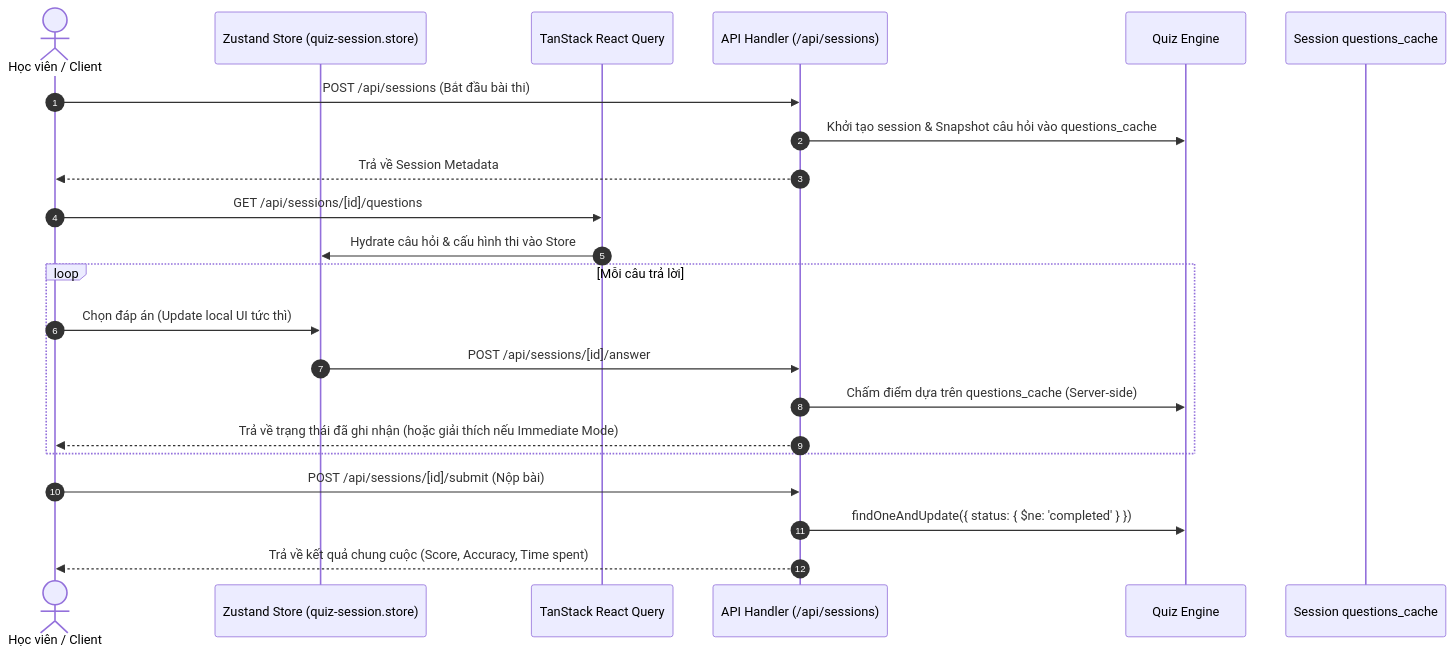
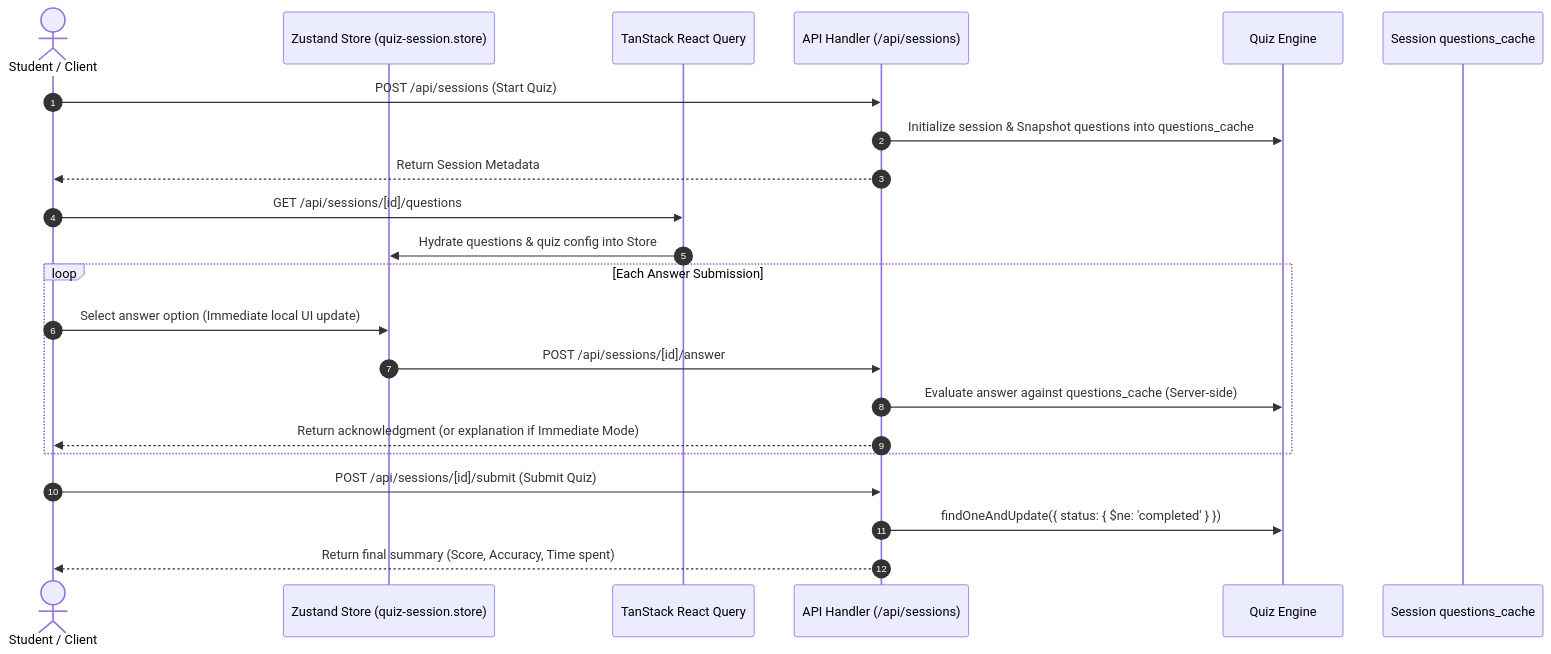
Before and after one commit to nvtruongops/fquiz: the second of 2 diagrams in docs/ARCHITECTURE.md, drawn with Mermaid. The commit also changed other lines of this file and 548 other files, not shown here.

````diff
--- a/docs/ARCHITECTURE.md
+++ b/docs/ARCHITECTURE.md
@@ -251,27 +251,27 @@
 ```mermaid
 sequenceDiagram
     autonumber
-    actor User as Học viên / Client
+    actor User as Student / Client
     participant Store as Zustand Store (quiz-session.store)
     participant Query as TanStack React Query
     participant API as API Handler (/api/sessions)
     participant Engine as Quiz Engine
     participant Cache as Session questions_cache
 
-    User->>API: POST /api/sessions (Bắt đầu bài thi)
-    API->>Engine: Khởi tạo session & Snapshot câu hỏi vào questions_cache
-    API-->>User: Trả về Session Metadata
+    User->>API: POST /api/sessions (Start Quiz)
+    API->>Engine: Initialize session & Snapshot questions into questions_cache
+    API-->>User: Return Session Metadata
     User->>Query: GET /api/sessions/[id]/questions
-    Query->>Store: Hydrate câu hỏi & cấu hình thi vào Store
+    Query->>Store: Hydrate questions & quiz config into Store
     
-    loop Mỗi câu trả lời
-        User->>Store: Chọn đáp án (Update local UI tức thì)
+    loop Each Answer Submission
+        User->>Store: Select answer option (Immediate local UI update)
         Store->>API: POST /api/sessions/[id]/answer
-        API->>Engine: Chấm điểm dựa trên questions_cache (Server-side)
-        API-->>User: Trả về trạng thái đã ghi nhận (hoặc giải thích nếu Immediate Mode)
+        API->>Engine: Evaluate answer against questions_cache (Server-side)
+        API-->>User: Return acknowledgment (or explanation if Immediate Mode)
     end
 
-    User->>API: POST /api/sessions/[id]/submit (Nộp bài)
+    User->>API: POST /api/sessions/[id]/submit (Submit Quiz)
     API->>Engine: findOneAndUpdate({ status: { $ne: 'completed' } })
-    API-->>User: Trả về kết quả chung cuộc (Score, Accuracy, Time spent)
+    API-->>User: Return final summary (Score, Accuracy, Time spent)
 ```
````
